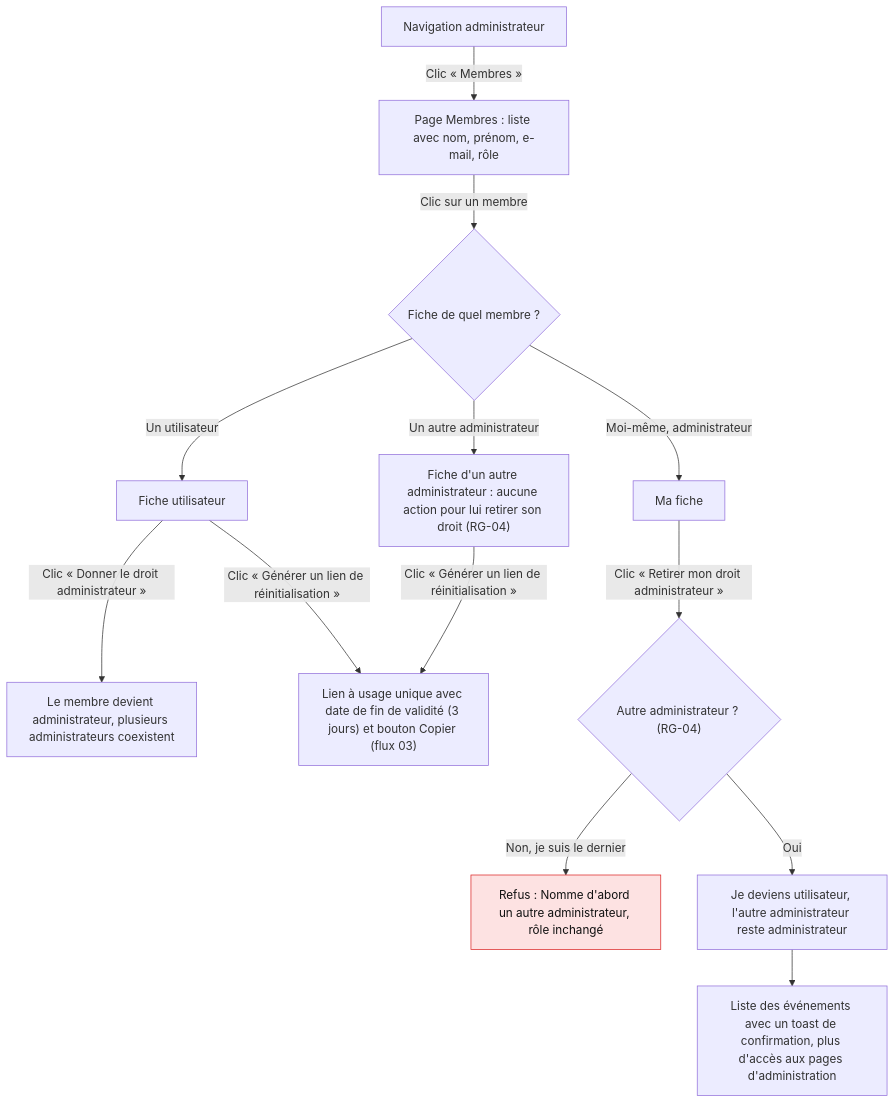
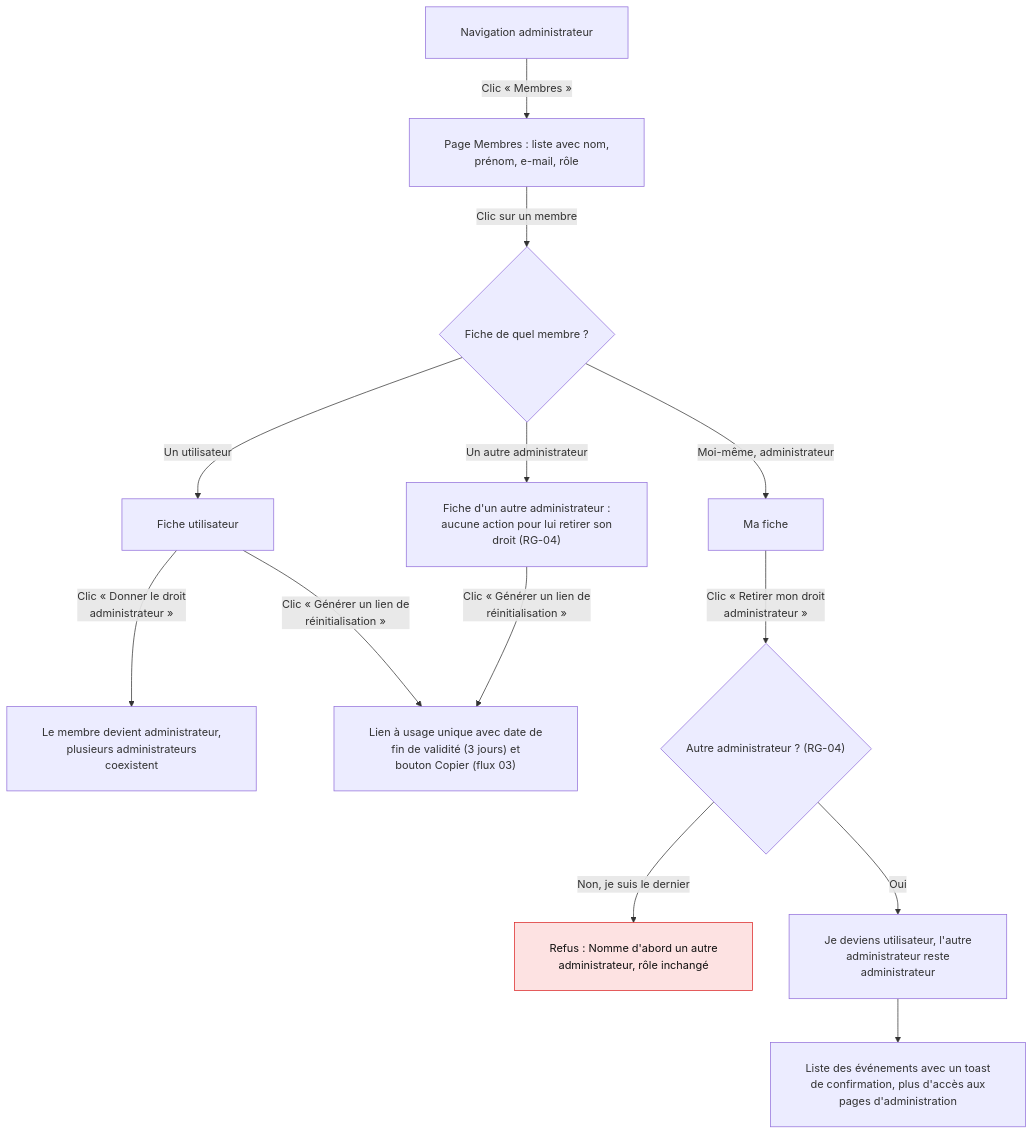
The diagram in docs/flows/07-admin-membres.mmd (nathanjouannon/Creno), drawn with Mermaid before and after one commit. The commit also changed 9 other files, not shown here.

```diff
--- a/docs/flows/07-admin-membres.mmd
+++ b/docs/flows/07-admin-membres.mmd
@@ -1,21 +1,22 @@
+%%{init: {"flowchart": {"htmlLabels": true, "wrappingWidth": 360, "padding": 24, "nodeSpacing": 50, "rankSpacing": 60, "curve": "basis"}, "themeVariables": {"fontSize": "15px"}}}%%
 %% Administrateur : gestion des membres (F-10, F-03, RG-04, RG-12)
 %% Pas de désactivation de compte au MVP (RG-05 abandonnée).
 %% Légende : rectangle = écran, stade = action, losange = décision, rouge = erreur / refus
 flowchart TD
     classDef error fill:#fde2e2,stroke:#dc2626,color:#111
 
-    N["Navigation administrateur"] -->|"Clic « Membres »"| M["Page Membres : liste avec nom, prénom, e-mail, rôle"]
-    M -->|"Clic sur un membre"| FICHE{"Fiche de quel membre ?"}
+    N["Navigation administrateur"] -->|"Clic « Membres »"| M["Page Membres : liste avec nom,<br/>prénom, e-mail, rôle"]
+    M -->|"Clic sur un membre"| FICHE{"Fiche de quel membre ?"}
 
     FICHE -->|"Un utilisateur"| U["Fiche utilisateur"]
-    FICHE -->|"Un autre administrateur"| AA["Fiche d'un autre administrateur : aucune action pour lui retirer son droit (RG-04)"]
+    FICHE -->|"Un autre administrateur"| AA["Fiche d'un autre administrateur :<br/>aucune action pour lui retirer son<br/>droit (RG-04)"]
     FICHE -->|"Moi-même, administrateur"| ME["Ma fiche"]
 
-    U -->|"Clic « Donner le droit administrateur »"| U1["Le membre devient administrateur, plusieurs administrateurs coexistent"]
-    U -->|"Clic « Générer un lien de réinitialisation »"| U2["Lien à usage unique avec date de fin de validité (3 jours) et bouton Copier (flux 03)"]
-    AA -->|"Clic « Générer un lien de réinitialisation »"| U2
+    U -->|"Clic « Donner le droit<br/>administrateur »"| U1["Le membre devient administrateur,<br/>plusieurs administrateurs<br/>coexistent"]
+    U -->|"Clic « Générer un lien de<br/>réinitialisation »"| U2["Lien à usage unique avec date de<br/>fin de validité (3 jours) et<br/>bouton Copier (flux 03)"]
+    AA -->|"Clic « Générer un lien de<br/>réinitialisation »"| U2
 
-    ME -->|"Clic « Retirer mon droit administrateur »"| ME1{"Autre administrateur ? (RG-04)"}
-    ME1 -->|"Non, je suis le dernier"| ME2["Refus : Nomme d'abord un autre administrateur, rôle inchangé"]:::error
-    ME1 -->|"Oui"| ME3["Je deviens utilisateur, l'autre administrateur reste administrateur"]
-    ME3 --> ME4["Liste des événements avec un toast de confirmation, plus d'accès aux pages d'administration"]
+    ME -->|"Clic « Retirer mon droit<br/>administrateur »"| ME1{"Autre administrateur ? (RG-04)"}
+    ME1 -->|"Non, je suis le dernier"| ME2["Refus : Nomme d'abord un autre<br/>administrateur, rôle inchangé"]:::error
+    ME1 -->|"Oui"| ME3["Je deviens utilisateur, l'autre<br/>administrateur reste<br/>administrateur"]
+    ME3 --> ME4["Liste des événements avec un toast<br/>de confirmation, plus d'accès aux<br/>pages d'administration"]
```
